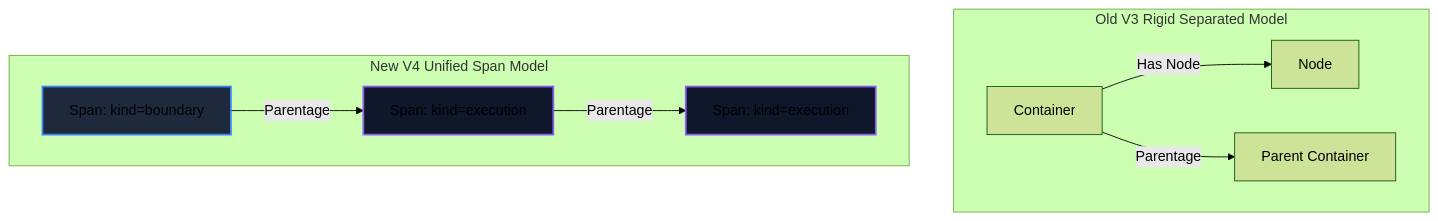
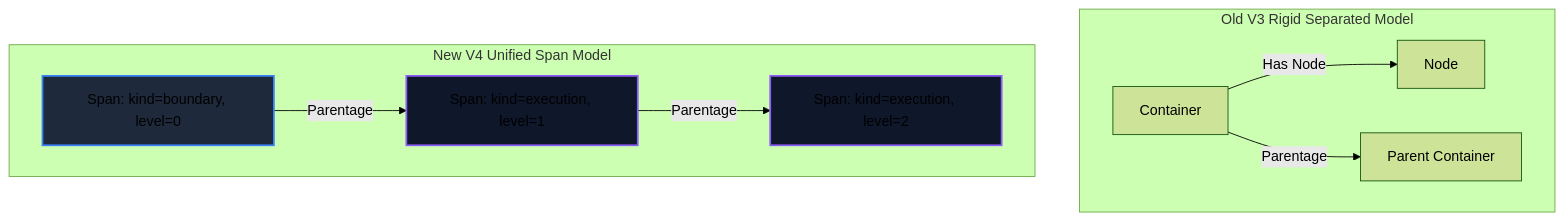
The first of 2 diagrams in docs/v4/1-philosophy.md (kuchuk-borom-debbarma/Topo-Tracer), drawn with Mermaid (forest theme) before and after one commit. The commit also changed other lines of this file, not shown here.

````diff
--- a/docs/v4/1-philosophy.md
+++ b/docs/v4/1-philosophy.md
@@ -17,16 +17,16 @@
 ```mermaid
 flowchart TD
     subgraph V3 [Old V3 Rigid Separated Model]
         C[Container] -->|Has Node| N[Node]
         C -->|Parentage| C_Parent[Parent Container]
     end
 
     subgraph V4 [New V4 Unified Span Model]
-        S1[Span: kind=boundary] -->|Parentage| S2[Span: kind=execution]
-        S2 -->|Parentage| S3[Span: kind=execution]
+        S1[Span: kind=boundary, level=0] -->|Parentage| S2[Span: kind=execution, level=1]
+        S2 -->|Parentage| S3[Span: kind=execution, level=2]
         
         style S1 fill:#1e293b,stroke:#3b82f6,stroke-width:2px;
         style S2 fill:#0f172a,stroke:#8b5cf6,stroke-width:2px;
         style S3 fill:#0f172a,stroke:#8b5cf6,stroke-width:2px;
     end
 ```
````
